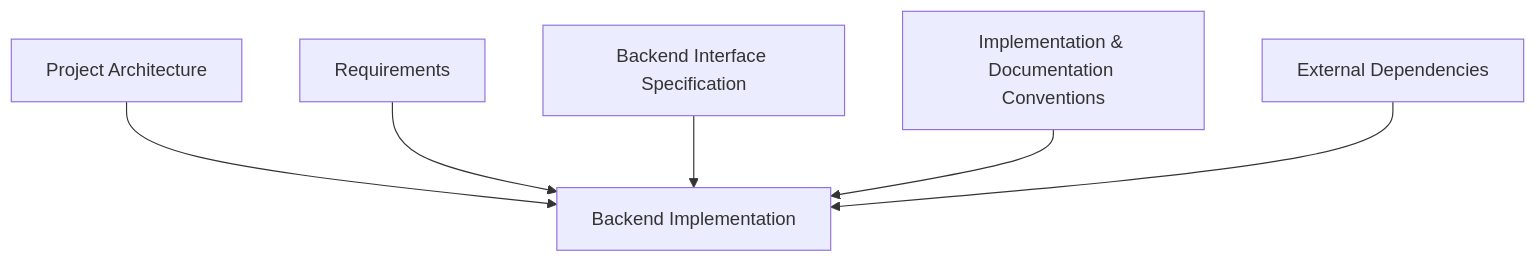
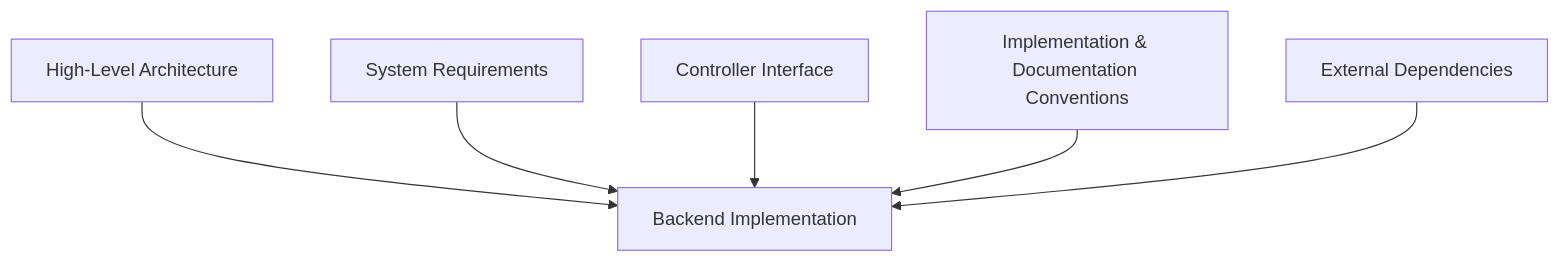
One commit to RomanBuchert/VirtUSB changed the tenth of 11 diagrams in doc/requirements/backend-requirements.md. Above: the diagram before and after it, drawn with Mermaid. The commit also changed other lines of this file and 6 other files, not shown here.

First line of the commit message:
docs: refine architecture and requirements documentation (WIP)

````diff
--- a/doc/requirements/backend-requirements.md
+++ b/doc/requirements/backend-requirements.md
@@ -569,8 +751,9 @@
 ```mermaid
 flowchart TD
-    Architecture["Project Architecture"] --> Backend["Backend Implementation"]
-    Requirements["Requirements"] --> Backend
-    Interface["Backend Interface Specification"] --> Backend
-    Conventions["Implementation & Documentation Conventions"] --> Backend
-    Dependencies["External Dependencies"] --> Backend
+
+    HLA["High-Level Architecture"] --> Backend["Backend Implementation"]
+    SR["System Requirements"] --> Backend
+    CI["Controller Interface"] --> Backend
+    Conv["Implementation & Documentation Conventions"] --> Backend
+    Dep["External Dependencies"] --> Backend
 ```
````
